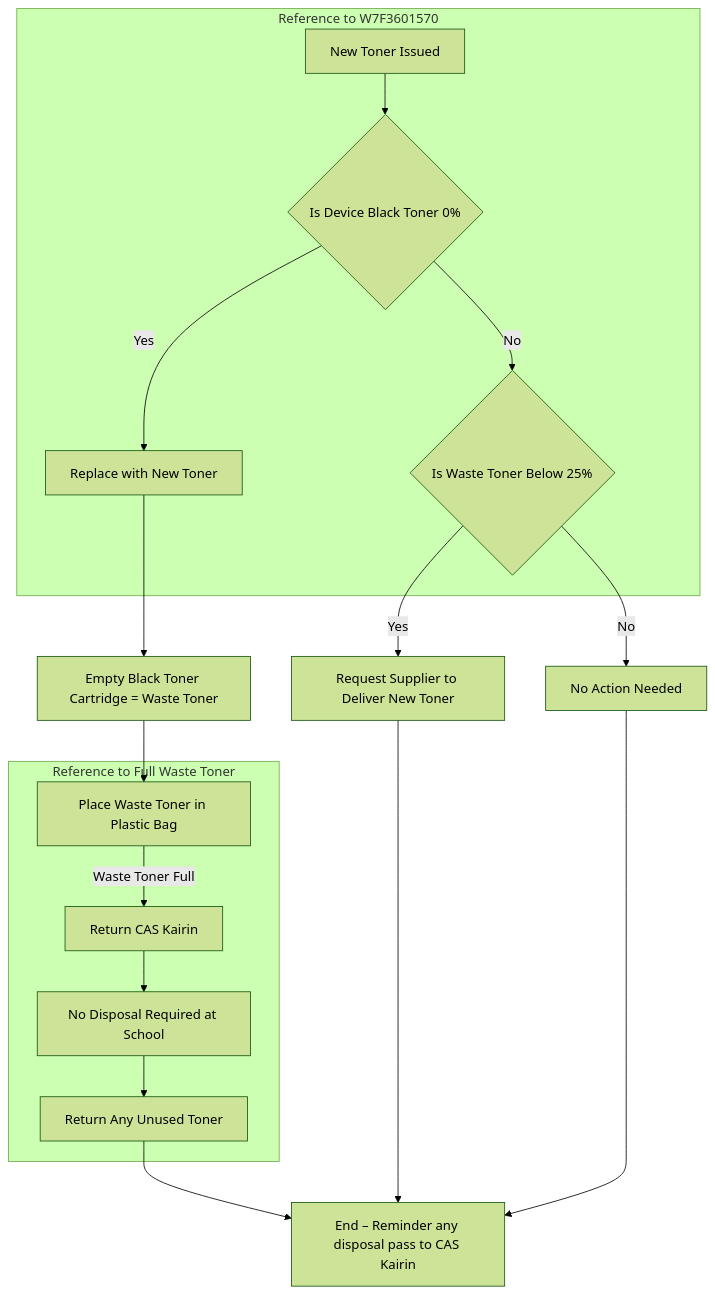
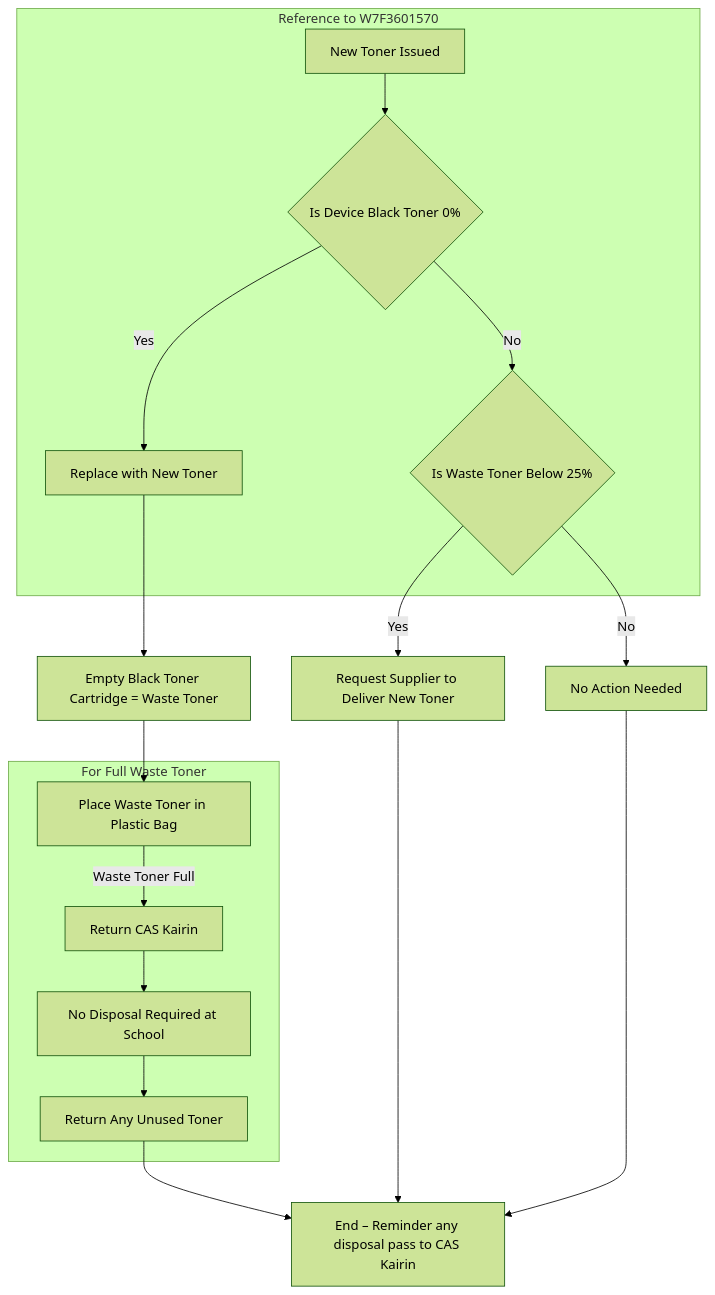
One commit to kairin/mermaid changed the diagram in CAS/Kyocera/disposal.md. Above: the diagram before and after it, drawn with Mermaid (forest theme).

````diff
--- a/CAS/Kyocera/disposal.md
+++ b/CAS/Kyocera/disposal.md
@@ -1,20 +1,20 @@
 ```mermaid
 graph TD
 subgraph Reference to W7F3601570
     A[New Toner Issued] --> B{Is Device Black Toner 0%}
     B -- Yes --> C[Replace with New Toner]
     B -- No --> L{Is Waste Toner Below 25%}
 end
     C --> D[Empty Black Toner Cartridge = Waste Toner]
     D --> E[Place Waste Toner in Plastic Bag]
-subgraph Reference to Full Waste Toner
+subgraph For Full Waste Toner
     E -- Waste Toner Full --> G[Return CAS Kairin]
     G --> H[No Disposal Required at School]
     H --> I[Return Any Unused Toner]
 end
     L -- Yes --> M[Request Supplier to Deliver New Toner]
     L -- No --> J[No Action Needed]
     J --> K[End – Reminder any disposal pass to CAS Kairin]
     I --> K
     M --> K
 ```
````
